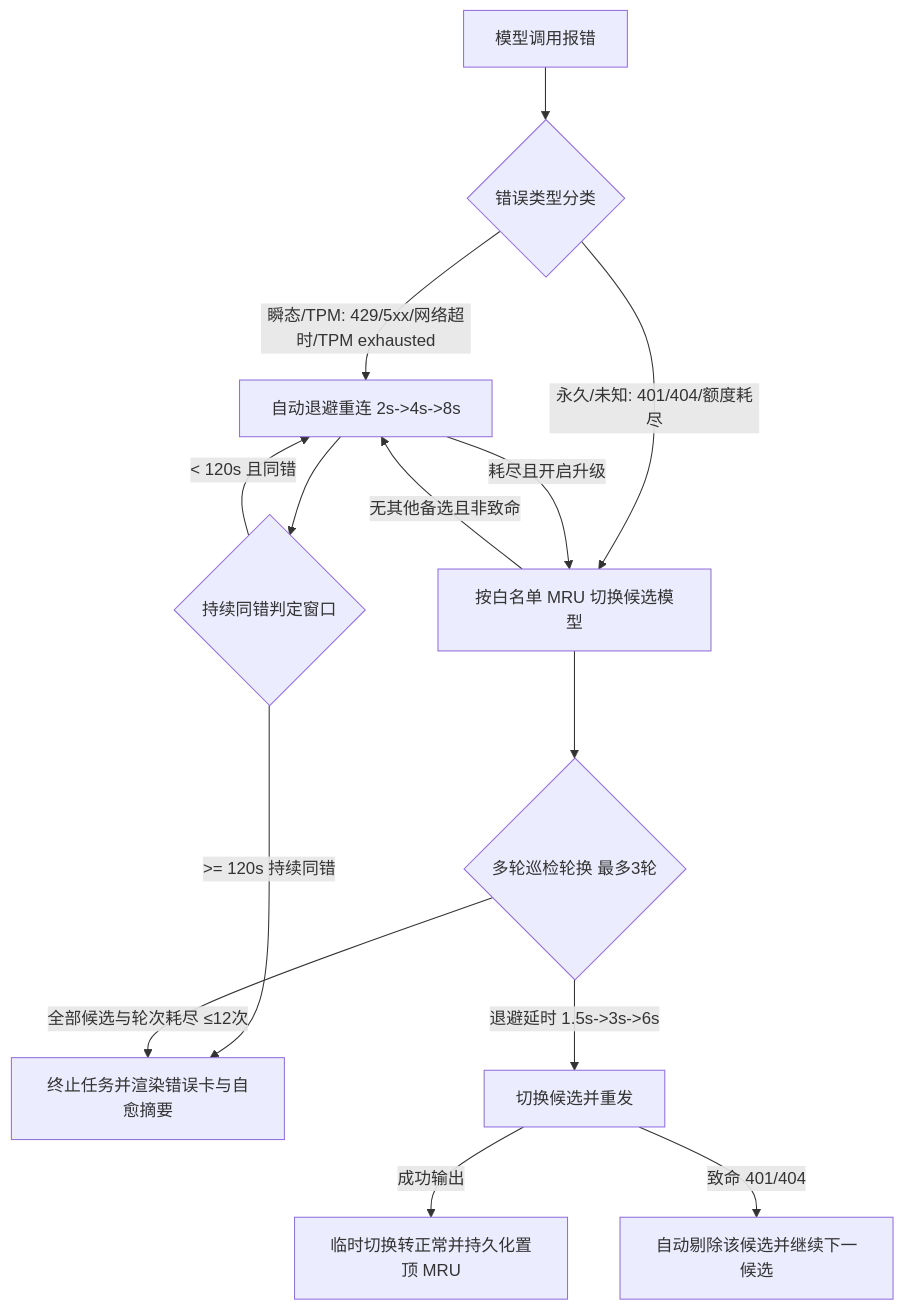
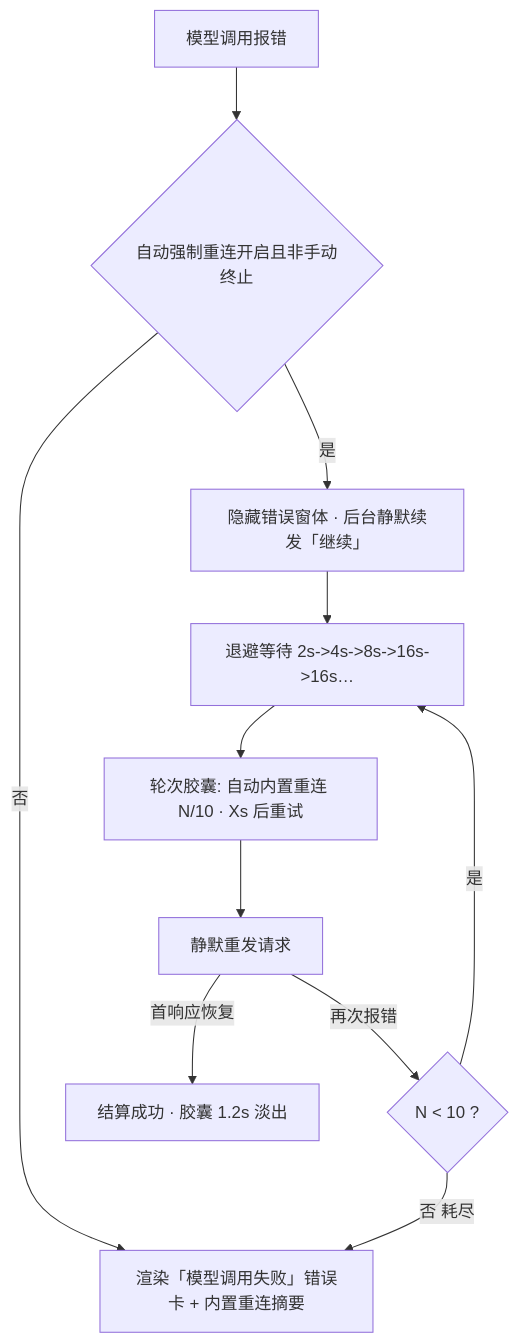
Before and after one commit to jiangyinluwei/pi-desktop-lite: the diagram in .agents/skills/flow-interaction-pattern/SKILL.md, drawn with Mermaid. The commit also changed other lines of this file and 23 other files, not shown here.

Commit message:
feat: implement full-page settings UI, model reconnect logic, and modularized flow services

````diff
--- a/.agents/skills/flow-interaction-pattern/SKILL.md
+++ b/.agents/skills/flow-interaction-pattern/SKILL.md
@@ -150,16 +150,13 @@
 ```mermaid
 flowchart TD
-    Err[模型调用报错] --> Classify{错误类型分类}
-    Classify -->|瞬态/TPM: 429/5xx/网络超时/TPM exhausted| Reconnect[自动退避重连 2s->4s->8s]
-    Reconnect --> SameCheck{持续同错判定窗口}
-    SameCheck -->|< 120s 且同错| Reconnect
-    SameCheck -->|>= 120s 持续同错| Fallback[终止任务并渲染错误卡与自愈摘要]
-    Classify -->|永久/未知: 401/404/额度耗尽| Switch[按白名单 MRU 切换候选模型]
-    Switch -->|无其他备选且非致命| Reconnect
-    Reconnect -- 耗尽且开启升级 --> Switch
-    Switch --> MultiCycle{多轮巡检轮换 最多3轮}
-    MultiCycle -->|退避延时 1.5s->3s->6s| TryCandidate[切换候选并重发]
-    TryCandidate -->|成功输出| Succeed[临时切换转正常并持久化置顶 MRU]
-    TryCandidate -->|致命 401/404| Prune[自动剔除该候选并继续下一候选]
-    MultiCycle -- 全部候选与轮次耗尽 ≤12次 --> Fallback
+    Err[模型调用报错] --> Gate{自动强制重连开启且非手动终止}
+    Gate -->|否| Fallback[直接渲染错误卡]
+    Gate -->|是| Silent[隐藏错误窗体 · 后台静默续发「继续」]
+    Silent --> Wait[退避等待 2s->4s->8s->16s->16s…]
+    Wait --> Capsule[轮次胶囊: 自动内置重连 N/10 · Xs 后重试]
+    Capsule --> Send[静默重发请求]
+    Send -->|首响应恢复| Succeed[结算成功 · 胶囊 1.2s 淡出]
+    Send -->|再次报错| Next{N < 10 ?}
+    Next -->|是| Wait
+    Next -->|否 耗尽| Fallback[渲染「模型调用失败」错误卡 + 内置重连摘要]
 ```
````
